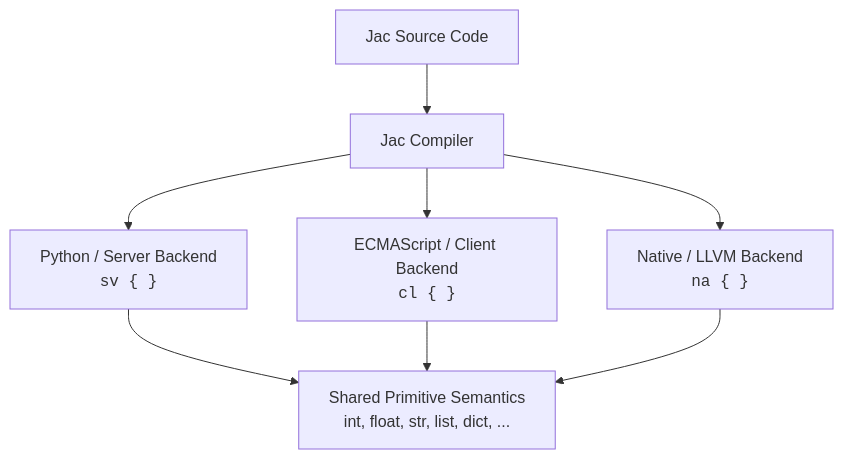
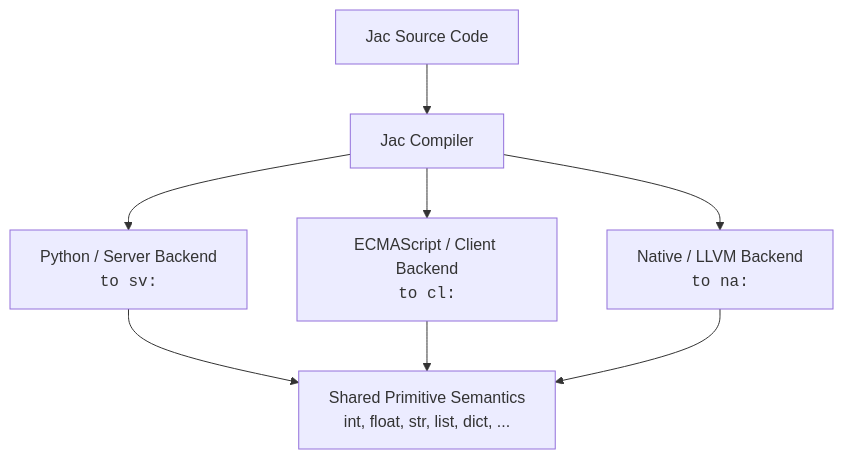
Before and after one commit to jaseci-labs/jac: the first of 2 diagrams in docs/docs/reference/language/primitives.md, drawn with Mermaid. The commit also changed other lines of this file and 23 other files, not shown here.

````diff
--- a/docs/docs/reference/language/primitives.md
+++ b/docs/docs/reference/language/primitives.md
@@ -20,11 +20,11 @@
 ```mermaid
 graph TD
     SRC["Jac Source Code"] --> COMPILER["Jac Compiler"]
-    COMPILER --> PY["Python / Server Backend<br/><code>sv { }</code>"]
-    COMPILER --> ES["ECMAScript / Client Backend<br/><code>cl { }</code>"]
-    COMPILER --> NA["Native / LLVM Backend<br/><code>na { }</code>"]
+    COMPILER --> PY["Python / Server Backend<br/><code>to sv:</code>"]
+    COMPILER --> ES["ECMAScript / Client Backend<br/><code>to cl:</code>"]
+    COMPILER --> NA["Native / LLVM Backend<br/><code>to na:</code>"]
 
     PY --> PRIM["Shared Primitive Semantics<br/>int, float, str, list, dict, ..."]
     ES --> PRIM
     NA --> PRIM
 ```
````
